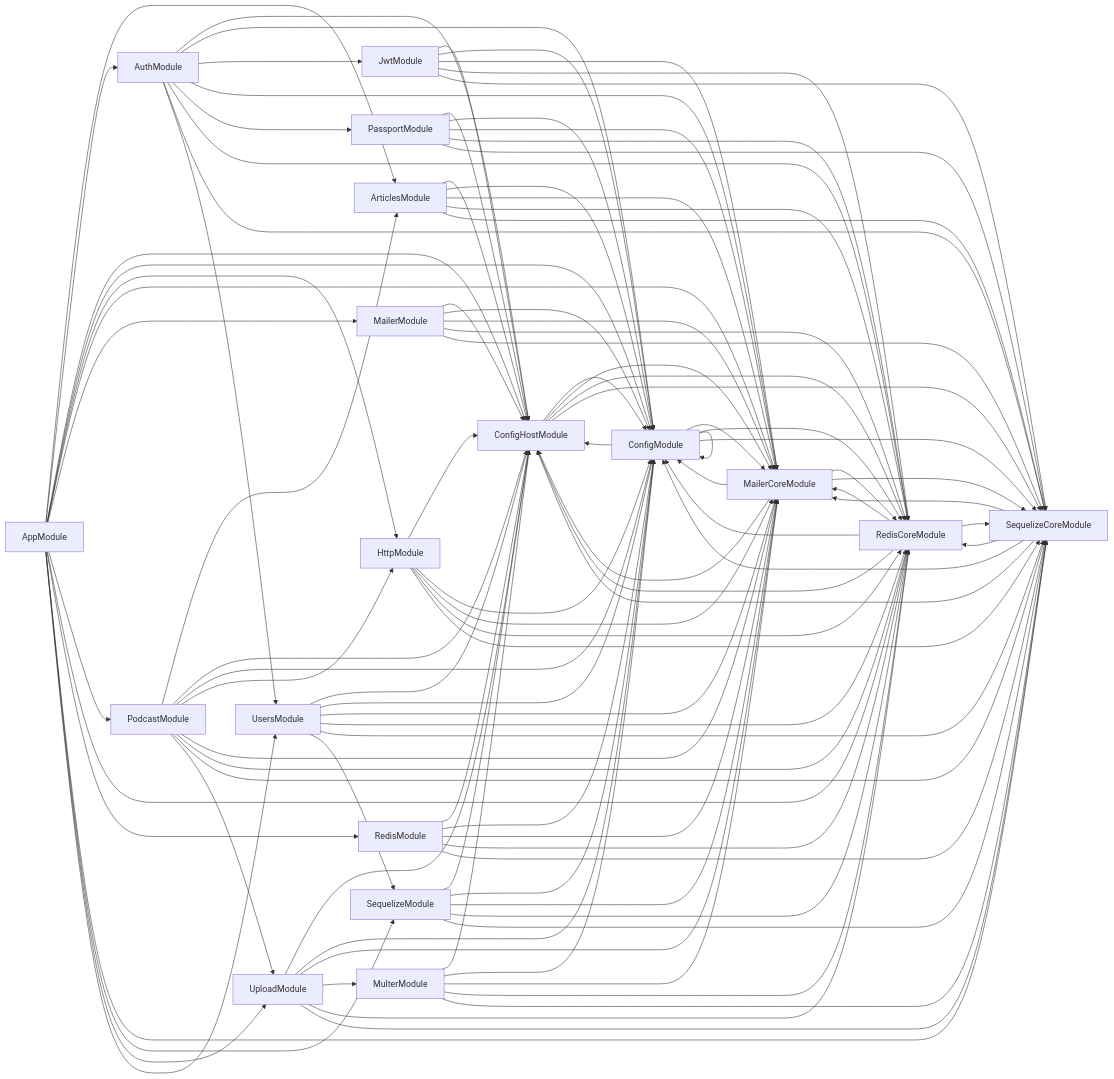
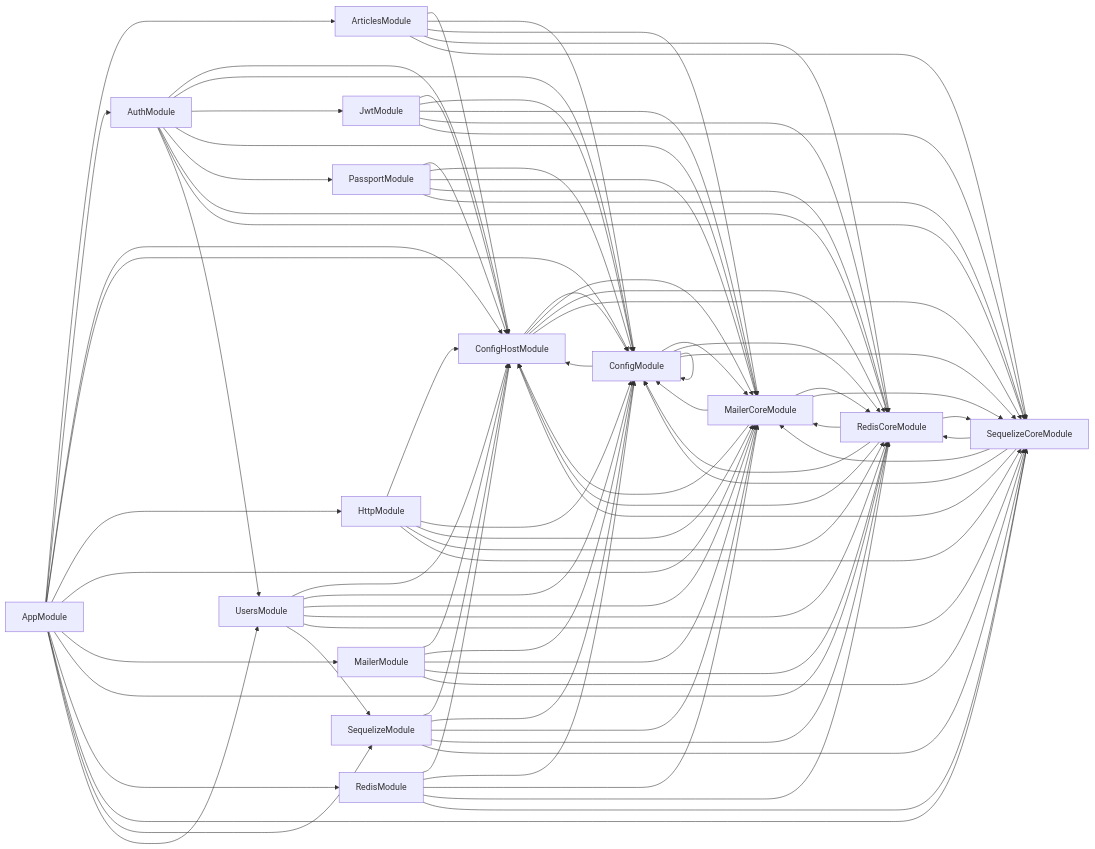
The diagram in backend/deps.mermaid (ntkwan/newsify), drawn with Mermaid before and after one commit. The commit also changed 8 other files, not shown here.

Commit message:
refactor: remove podcast module from query backend

```diff
--- a/backend/deps.mermaid
+++ b/backend/deps.mermaid
@@ -1,104 +1,83 @@
 graph LR
     AppModule-->ArticlesModule
   AppModule-->AuthModule
   AppModule-->ConfigHostModule
   AppModule-->ConfigModule
   AppModule-->HttpModule
   AppModule-->MailerCoreModule
   AppModule-->MailerModule
-  AppModule-->PodcastModule
   AppModule-->RedisCoreModule
   AppModule-->RedisModule
   AppModule-->SequelizeCoreModule
   AppModule-->SequelizeModule
-  AppModule-->UploadModule
   AppModule-->UsersModule
   ArticlesModule-->ConfigHostModule
   ArticlesModule-->ConfigModule
   ArticlesModule-->MailerCoreModule
   ArticlesModule-->RedisCoreModule
   ArticlesModule-->SequelizeCoreModule
   AuthModule-->ConfigHostModule
   AuthModule-->ConfigModule
   AuthModule-->JwtModule
   AuthModule-->MailerCoreModule
   AuthModule-->PassportModule
   AuthModule-->RedisCoreModule
   AuthModule-->SequelizeCoreModule
   AuthModule-->UsersModule
   ConfigHostModule-->ConfigModule
   ConfigHostModule-->MailerCoreModule
   ConfigHostModule-->RedisCoreModule
   ConfigHostModule-->SequelizeCoreModule
   ConfigModule-->ConfigHostModule
   ConfigModule-->ConfigModule
   ConfigModule-->MailerCoreModule
   ConfigModule-->RedisCoreModule
   ConfigModule-->SequelizeCoreModule
   HttpModule-->ConfigHostModule
   HttpModule-->ConfigModule
   HttpModule-->MailerCoreModule
   HttpModule-->RedisCoreModule
   HttpModule-->SequelizeCoreModule
   JwtModule-->ConfigHostModule
   JwtModule-->ConfigModule
   JwtModule-->MailerCoreModule
   JwtModule-->RedisCoreModule
   JwtModule-->SequelizeCoreModule
   MailerCoreModule-->ConfigHostModule
   MailerCoreModule-->ConfigModule
   MailerCoreModule-->RedisCoreModule
   MailerCoreModule-->SequelizeCoreModule
   MailerModule-->ConfigHostModule
   MailerModule-->ConfigModule
   MailerModule-->MailerCoreModule
   MailerModule-->RedisCoreModule
   MailerModule-->SequelizeCoreModule
-  MulterModule-->ConfigHostModule
-  MulterModule-->ConfigModule
-  MulterModule-->MailerCoreModule
-  MulterModule-->RedisCoreModule
-  MulterModule-->SequelizeCoreModule
   PassportModule-->ConfigHostModule
   PassportModule-->ConfigModule
   PassportModule-->MailerCoreModule
   PassportModule-->RedisCoreModule
   PassportModule-->SequelizeCoreModule
-  PodcastModule-->ArticlesModule
-  PodcastModule-->ConfigHostModule
-  PodcastModule-->ConfigModule
-  PodcastModule-->HttpModule
-  PodcastModule-->MailerCoreModule
-  PodcastModule-->RedisCoreModule
-  PodcastModule-->SequelizeCoreModule
-  PodcastModule-->UploadModule
   RedisCoreModule-->ConfigHostModule
   RedisCoreModule-->ConfigModule
   RedisCoreModule-->MailerCoreModule
   RedisCoreModule-->SequelizeCoreModule
   RedisModule-->ConfigHostModule
   RedisModule-->ConfigModule
   RedisModule-->MailerCoreModule
   RedisModule-->RedisCoreModule
   RedisModule-->SequelizeCoreModule
   SequelizeCoreModule-->ConfigHostModule
   SequelizeCoreModule-->ConfigModule
   SequelizeCoreModule-->MailerCoreModule
   SequelizeCoreModule-->RedisCoreModule
   SequelizeModule-->ConfigHostModule
   SequelizeModule-->ConfigModule
   SequelizeModule-->MailerCoreModule
   SequelizeModule-->RedisCoreModule
   SequelizeModule-->SequelizeCoreModule
-  UploadModule-->ConfigHostModule
-  UploadModule-->ConfigModule
-  UploadModule-->MailerCoreModule
-  UploadModule-->MulterModule
-  UploadModule-->RedisCoreModule
-  UploadModule-->SequelizeCoreModule
   UsersModule-->ConfigHostModule
   UsersModule-->ConfigModule
   UsersModule-->MailerCoreModule
   UsersModule-->RedisCoreModule
   UsersModule-->SequelizeCoreModule
   UsersModule-->SequelizeModule
```
